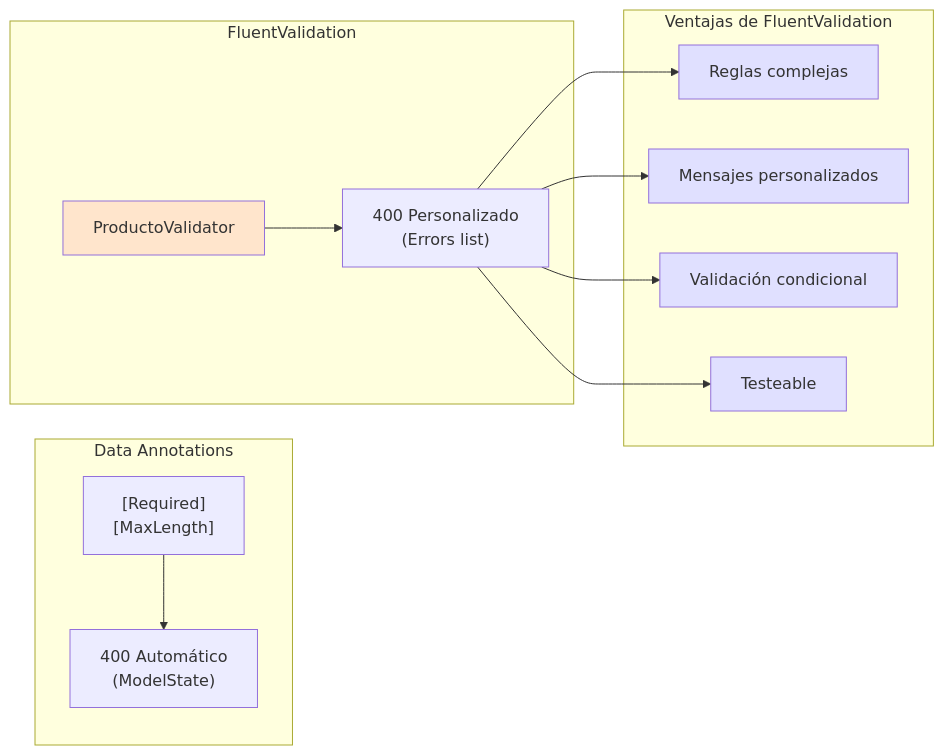
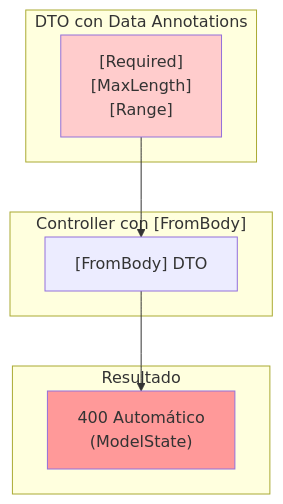
Before and after one commit to joseluisgs/TiendaDawApi-NetCore: the fourth of 4 diagrams in doc/08-fluent-validation.md, drawn with Mermaid. The commit also changed other lines of this file, not shown here.

Commit message:
añade sección 1.1: validación automática con [FromBody] y Data Annotations, explicación clara del flujo de validación

````diff
--- a/doc/08-fluent-validation.md
+++ b/doc/08-fluent-validation.md
@@ -254,32 +387,19 @@
 ```mermaid
-flowchart LR
-    subgraph "Data Annotations"
-        DA["[Required]\n[MaxLength]"]
-        DA_RES["400 Automático\n(ModelState)"]
+flowchart TB
+    subgraph "DTO con Data Annotations"
+        DA["[Required]\n[MaxLength]\n[Range]"]
     end
     
-    subgraph "FluentValidation"
-        FV["ProductoValidator"]
-        FV_RES["400 Personalizado\n(Errors list)"]
+    subgraph "Controller con [FromBody]"
+        CB["[FromBody] DTO"]
     end
     
-    subgraph "Ventajas de FluentValidation"
-        V1["Reglas complejas"]
-        V2["Mensajes personalizados"]
-        V3["Validación condicional"]
-        V4["Testeable"]
+    subgraph "Resultado"
+        AUTO["400 Automático\n(ModelState)"]
     end
     
-    DA --> DA_RES
-    FV --> FV_RES
-    FV_RES --> V1
-    FV_RES --> V2
-    FV_RES --> V3
-    FV_RES --> V4
+    DA --> CB --> AUTO
     
-    style FV fill:#ffe5cc
-    style V1 fill:#e0e0ff
-    style V2 fill:#e0e0ff
-    style V3 fill:#e0e0ff
-    style V4 fill:#e0e0ff
+    style DA fill:#ffcccc
+    style AUTO fill:#ff9999
 ```
````
